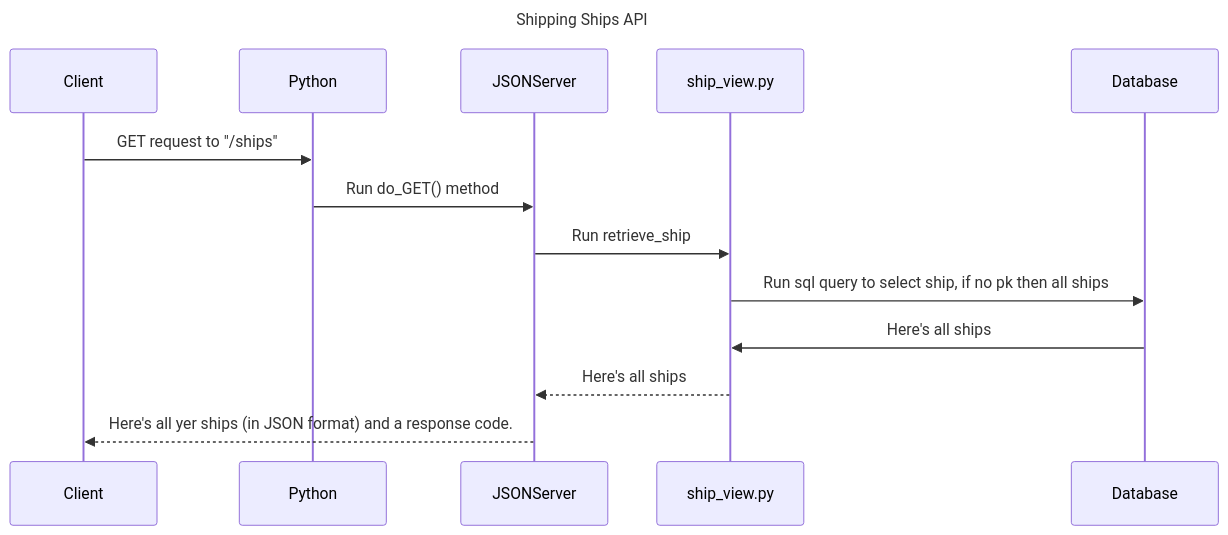
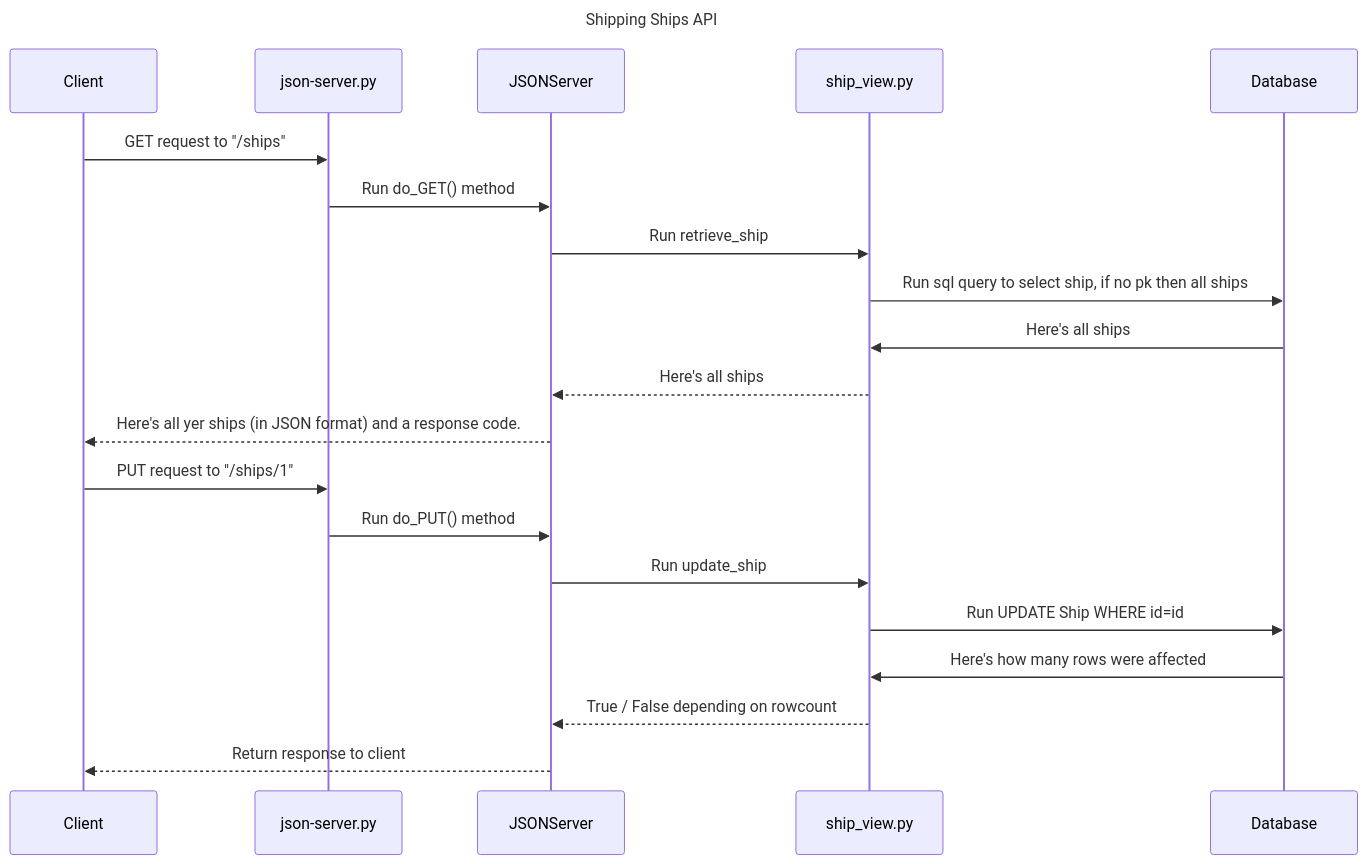
The diagram in DIAGRAM.md (ntzeitlin/ShippingShipsAPI), drawn with Mermaid before and after one commit. The commit also changed 3 other files, not shown here.

Commit message:
users can now post new ships to the database

````diff
--- a/DIAGRAM.md
+++ b/DIAGRAM.md
@@ -1,18 +1,30 @@
 ```mermaid
 sequenceDiagram
     title Shipping Ships API
 
     participant Client
-    participant Python
-    participant JSONServer
+    participant json-server.py
+    participant JSONServer 
     participant ship_view.py
     participant Database
-    Client->>Python:GET request to "/ships"
-    Python->>JSONServer:Run do_GET() method
+    Client->>json-server.py:GET request to "/ships"
+    json-server.py->>JSONServer:Run do_GET() method
     JSONServer->>ship_view.py:Run retrieve_ship
     ship_view.py->>Database:Run sql query to select ship, if no pk then all ships
     Database->>ship_view.py:Here's all ships
     ship_view.py-->>JSONServer: Here's all ships
     JSONServer-->>Client: Here's all yer ships (in JSON format) and a response code.
 
+    Client->>json-server.py:PUT request to "/ships/1"
+    json-server.py->>JSONServer:Run do_PUT() method
+    JSONServer->>ship_view.py:Run update_ship
+    ship_view.py->>Database:Run UPDATE Ship WHERE id=id
+    Database->>ship_view.py:Here's how many rows were affected
+    ship_view.py-->>JSONServer: True / False depending on rowcount
+    JSONServer-->>Client: Return response to client
+
+
+
+
+
 ```
````
